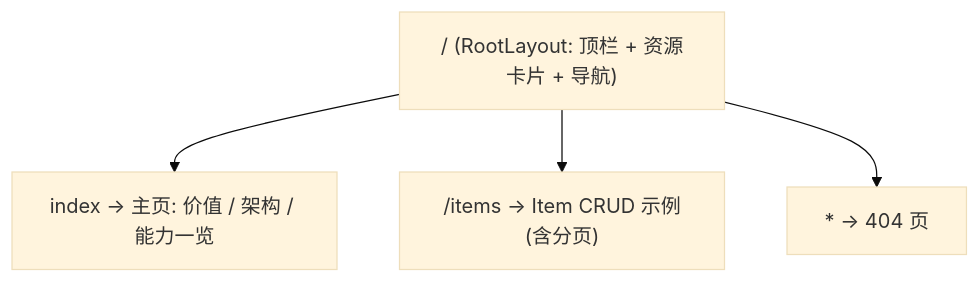
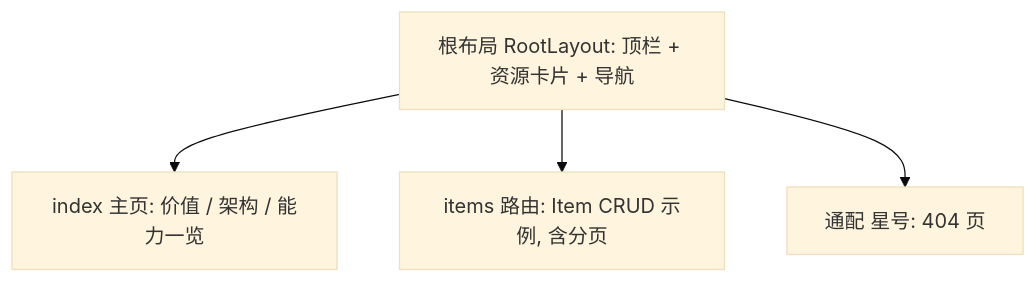
One commit to 1207575273/agent-driven_gen changed the first of 2 diagrams in docs/20260715_通用monorepo母版架构方案.md. Above: the diagram before and after it, drawn with Mermaid (base theme). The commit also changed other lines of this file, not shown here.

Commit message:
docs: 修正架构方案 Mermaid 为 Typora 兼容语法(去掉标签内分号/括号/等号)

````diff
--- a/docs/20260715_通用monorepo母版架构方案.md
+++ b/docs/20260715_通用monorepo母版架构方案.md
@@ -259,7 +259,7 @@
 ```mermaid
 flowchart TD
-  Root["/ (RootLayout: 顶栏 + 资源卡片 + 导航)"]
-  Root --> Home["index -> 主页: 价值 / 架构 / 能力一览"]
-  Root --> Items["/items -> Item CRUD 示例(含分页)"]
-  Root --> NotFound["* -> 404 页"]
+  Root["根布局 RootLayout: 顶栏 + 资源卡片 + 导航"]
+  Root --> Home["index 主页: 价值 / 架构 / 能力一览"]
+  Root --> Items["items 路由: Item CRUD 示例, 含分页"]
+  Root --> NotFound["通配 星号: 404 页"]
 ```
````
